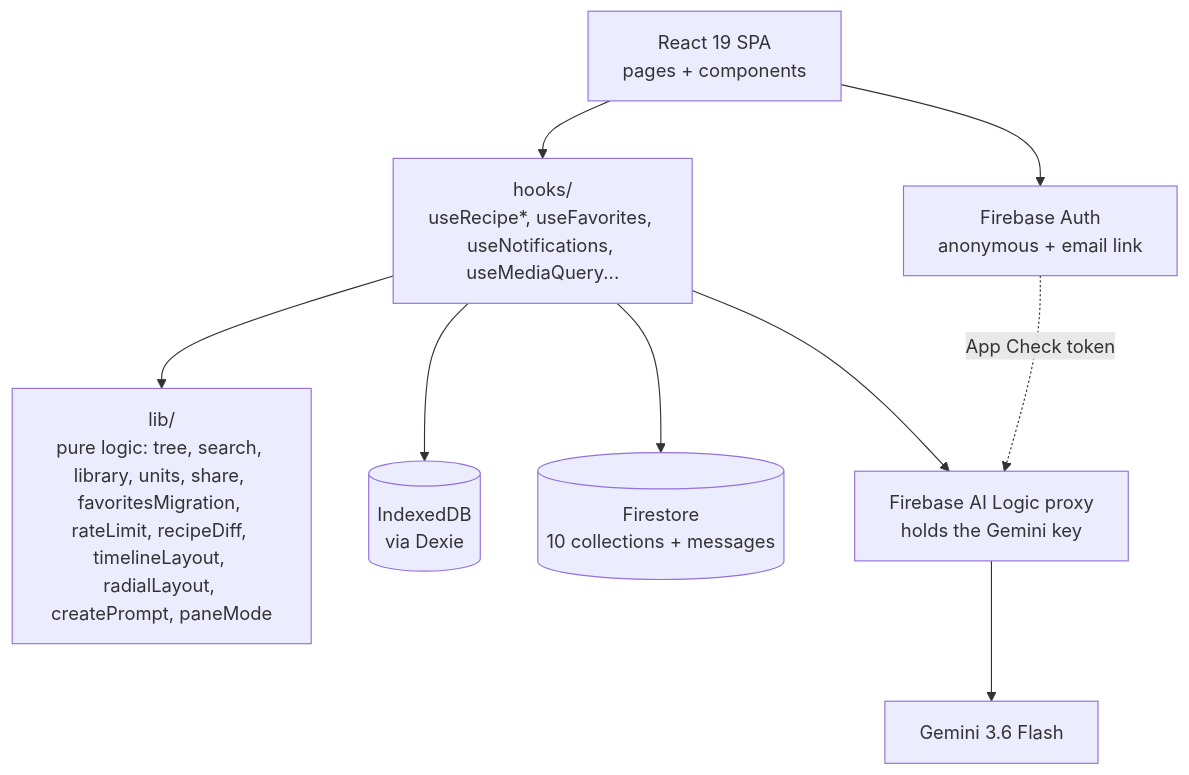
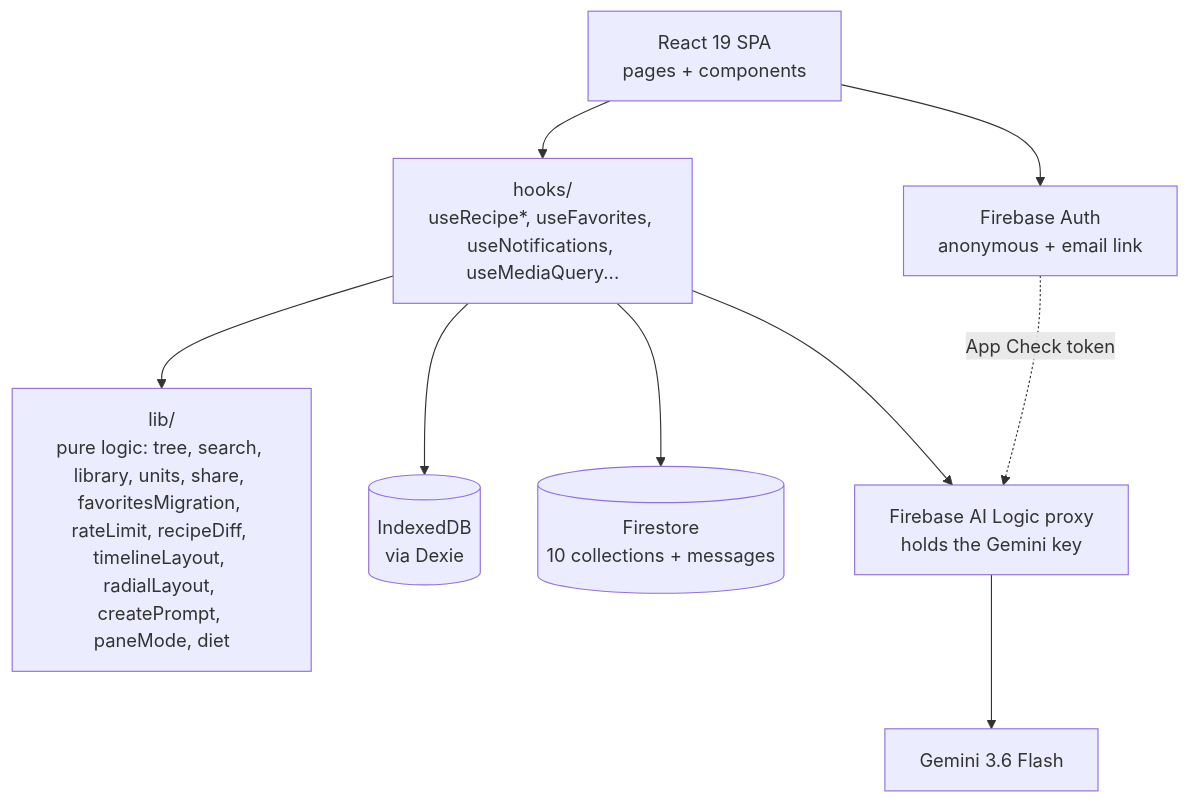
One commit to hpeppitt/recipe-app changed the diagram in docs/architecture.md. Above: the diagram before and after it, drawn with Mermaid. The commit also changed other lines of this file and 9 other files, not shown here.

First line of the commit message:
RL-130: Recipe metadata shows per-serving carbs, fat and protein pills with wheat, droplet and drumstick icons, and a leaf diet pill when the tags name a known diet (#154)

````diff
--- a/docs/architecture.md
+++ b/docs/architecture.md
@@ -12,20 +12,20 @@
 ```mermaid
 flowchart TD
     UI[React 19 SPA<br/>pages + components]
     Hooks[hooks/<br/>useRecipe*, useFavorites, useNotifications, useMediaQuery...]
-    Lib[lib/<br/>pure logic: tree, search, library, units, share, favoritesMigration, rateLimit, recipeDiff, timelineLayout, radialLayout, createPrompt, paneMode]
+    Lib[lib/<br/>pure logic: tree, search, library, units, share, favoritesMigration, rateLimit, recipeDiff, timelineLayout, radialLayout, createPrompt, paneMode, diet]
     Dexie[(IndexedDB<br/>via Dexie)]
     FS[(Firestore<br/>10 collections + messages)]
     Auth[Firebase Auth<br/>anonymous + email link]
     AILogic[Firebase AI Logic proxy<br/>holds the Gemini key]
     Gemini[Gemini 3.6 Flash]
 
     UI --> Hooks
     Hooks --> Lib
     Hooks --> Dexie
     Hooks --> FS
     Hooks --> AILogic
     UI --> Auth
     AILogic --> Gemini
     Auth -. App Check token .-> AILogic
 ```
````
